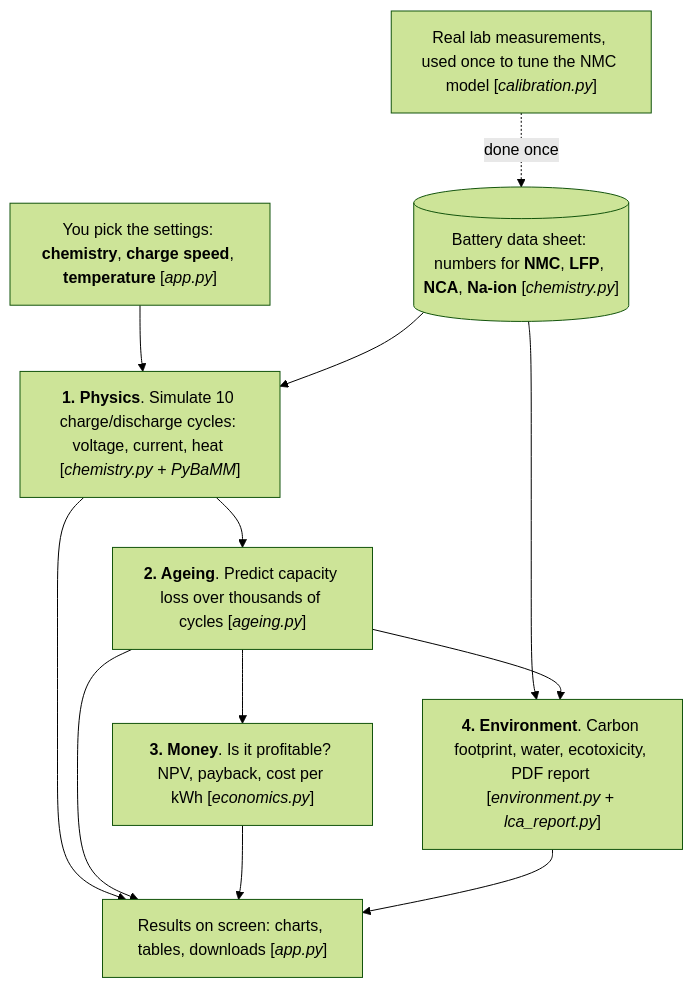
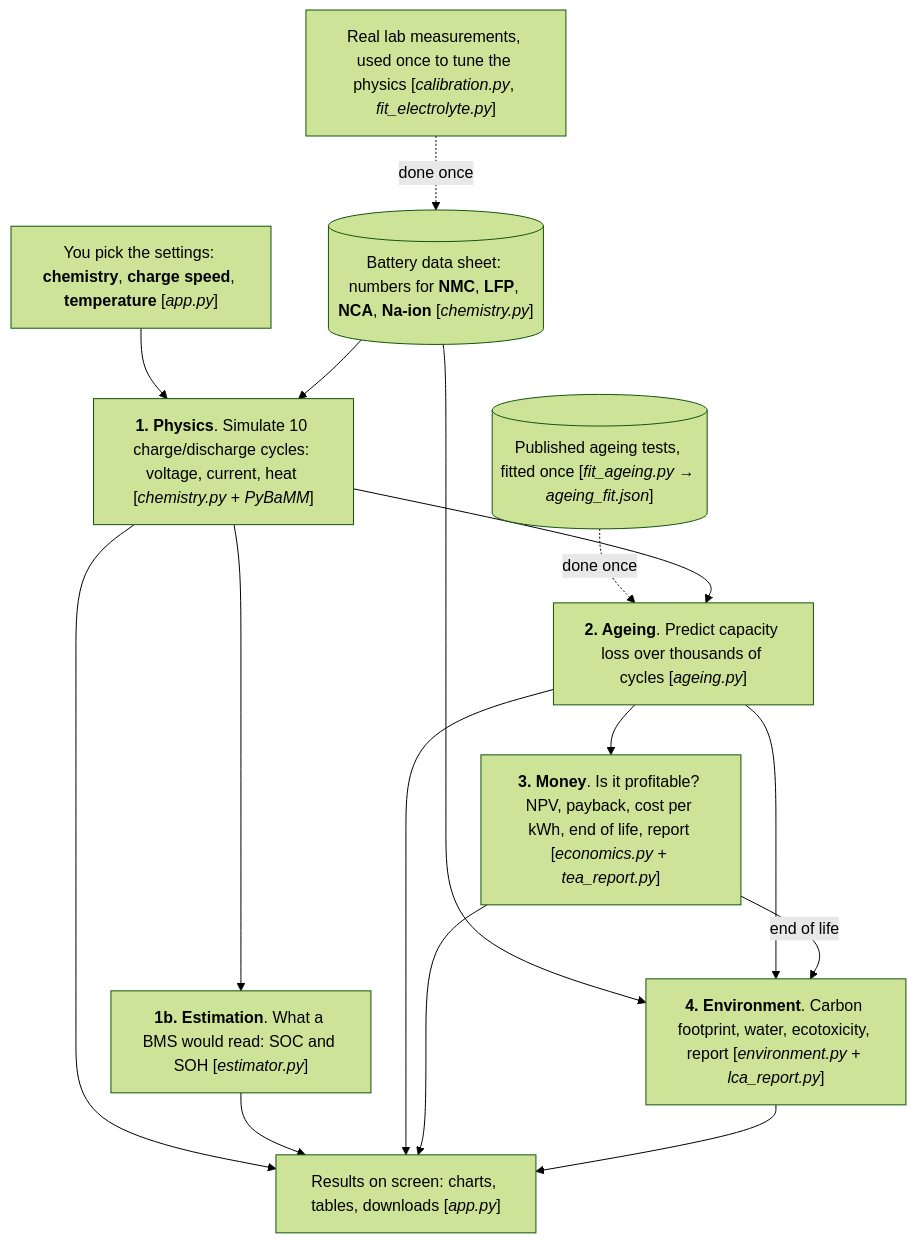
Before and after one commit to TheJohn01/DigitalTwinBattery: the first of 12 diagrams in README.md, drawn with Mermaid (forest theme). The commit also changed other lines of this file and 5 other files, not shown here.

First line of the commit message:
README diagrams: add missing steps and figures, fix order

````diff
--- a/README.md
+++ b/README.md
@@ -249,26 +249,30 @@
 ```mermaid
 flowchart TD
     USER["You pick the settings: <b>chemistry</b>, <b>charge speed</b>, <b>temperature</b> [<i>app.py</i>]"]
     SHEET[("Battery data sheet: numbers for <b>NMC</b>, <b>LFP</b>, <b>NCA</b>, <b>Na-ion</b> [<i>chemistry.py</i>]")]
-    LAB["Real lab measurements, used once to tune the NMC model [<i>calibration.py</i>]"]
+    LAB["Real lab measurements, used once to tune the physics [<i>calibration.py</i>, <i>fit_electrolyte.py</i>]"]
+    PUB[("Published ageing tests, fitted once [<i>fit_ageing.py</i> → <i>ageing_fit.json</i>]")]
 
     PHYS["<b>1. Physics</b>. Simulate 10 charge/discharge cycles: voltage, current, heat [<i>chemistry.py</i> + <i>PyBaMM</i>]"]
+    EST["<b>1b. Estimation</b>. What a BMS would read: SOC and SOH [<i>estimator.py</i>]"]
     AGE["<b>2. Ageing</b>. Predict capacity loss over thousands of cycles [<i>ageing.py</i>]"]
-    MONEY["<b>3. Money</b>. Is it profitable? NPV, payback, cost per kWh [<i>economics.py</i>]"]
-    CO2["<b>4. Environment</b>. Carbon footprint, water, ecotoxicity, PDF report [<i>environment.py</i> + <i>lca_report.py</i>]"]
+    MONEY["<b>3. Money</b>. Is it profitable? NPV, payback, cost per kWh, end of life, report [<i>economics.py</i> + <i>tea_report.py</i>]"]
+    CO2["<b>4. Environment</b>. Carbon footprint, water, ecotoxicity, report [<i>environment.py</i> + <i>lca_report.py</i>]"]
     OUT["Results on screen: charts, tables, downloads [<i>app.py</i>]"]
 
     USER --> PHYS
     SHEET --> PHYS
     LAB -. "done once" .-> SHEET
+    PUB -. "done once" .-> AGE
+    PHYS --> EST
     PHYS --> AGE
     AGE --> MONEY
     SHEET --> CO2
     AGE --> CO2
+    MONEY -- "end of life" --> CO2
     PHYS --> OUT
+    EST --> OUT
     AGE --> OUT
     MONEY --> OUT
     CO2 --> OUT
-
-  
 ```
````
